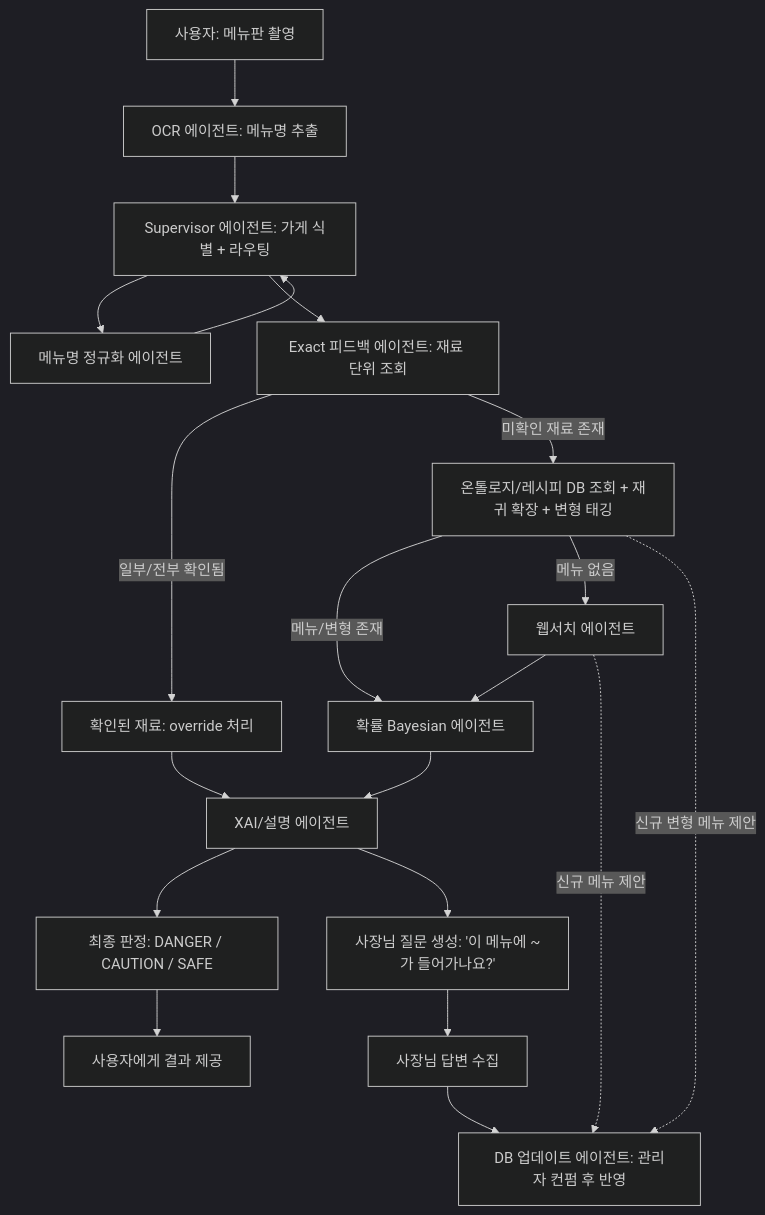
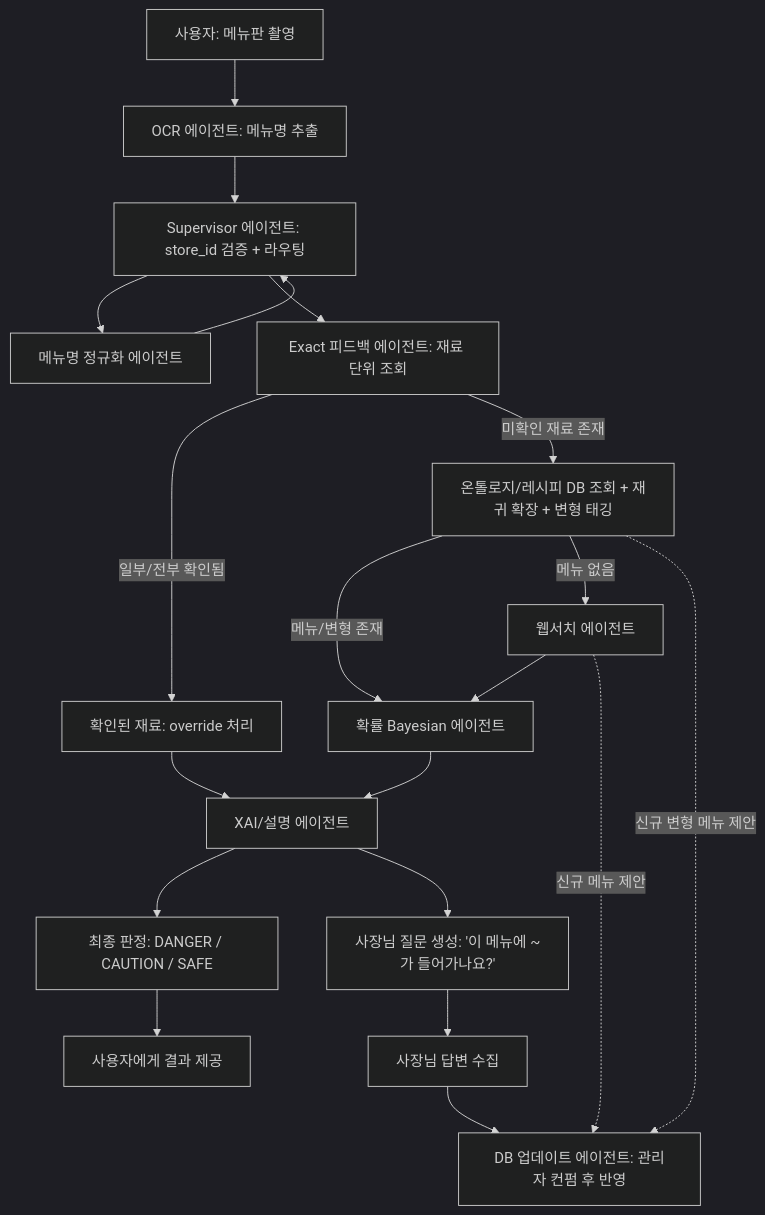
The first of 7 diagrams in docs/catoin-multi-agent-architecture.md (Han-Spoon/ai), drawn with Mermaid (dark theme) before and after one commit. The commit also changed other lines of this file and 8 other files, not shown here.

````diff
--- a/docs/catoin-multi-agent-architecture.md
+++ b/docs/catoin-multi-agent-architecture.md
@@ -10,29 +10,29 @@
 ```mermaid
 flowchart TD
     A[사용자: 메뉴판 촬영] --> B[OCR 에이전트: 메뉴명 추출]
-    B --> D[Supervisor 에이전트: 가게 식별 + 라우팅]
+    B --> D[Supervisor 에이전트: store_id 검증 + 라우팅]
     D --> C[메뉴명 정규화 에이전트]
     C --> D
 
     D --> E[Exact 피드백 에이전트: 재료 단위 조회]
     E -->|일부/전부 확인됨| F[확인된 재료: override 처리]
     E -->|미확인 재료 존재| G[온톨로지/레시피 DB 조회 + 재귀 확장 + 변형 태깅]
 
     G -->|메뉴/변형 존재| H[확률 Bayesian 에이전트]
     G -->|메뉴 없음| I[웹서치 에이전트]
 
     I --> H
 
     H --> K[XAI/설명 에이전트]
     F --> K
 
     K --> L[최종 판정: DANGER / CAUTION / SAFE]
     K --> M[사장님 질문 생성: '이 메뉴에 ~가 들어가나요?']
     M --> N[사장님 답변 수집]
 
     L --> O[사용자에게 결과 제공]
 
     G -.신규 변형 메뉴 제안.-> J[DB 업데이트 에이전트: 관리자 컨펌 후 반영]
     I -.신규 메뉴 제안.-> J
     N --> J
 ```
````
